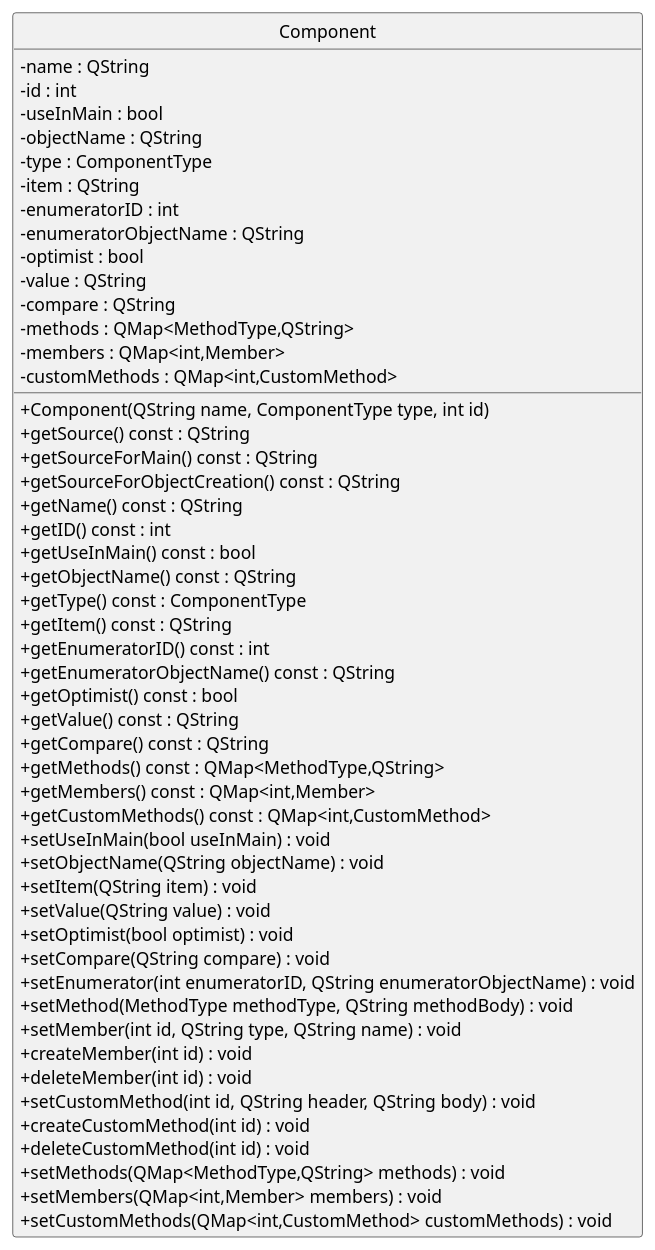
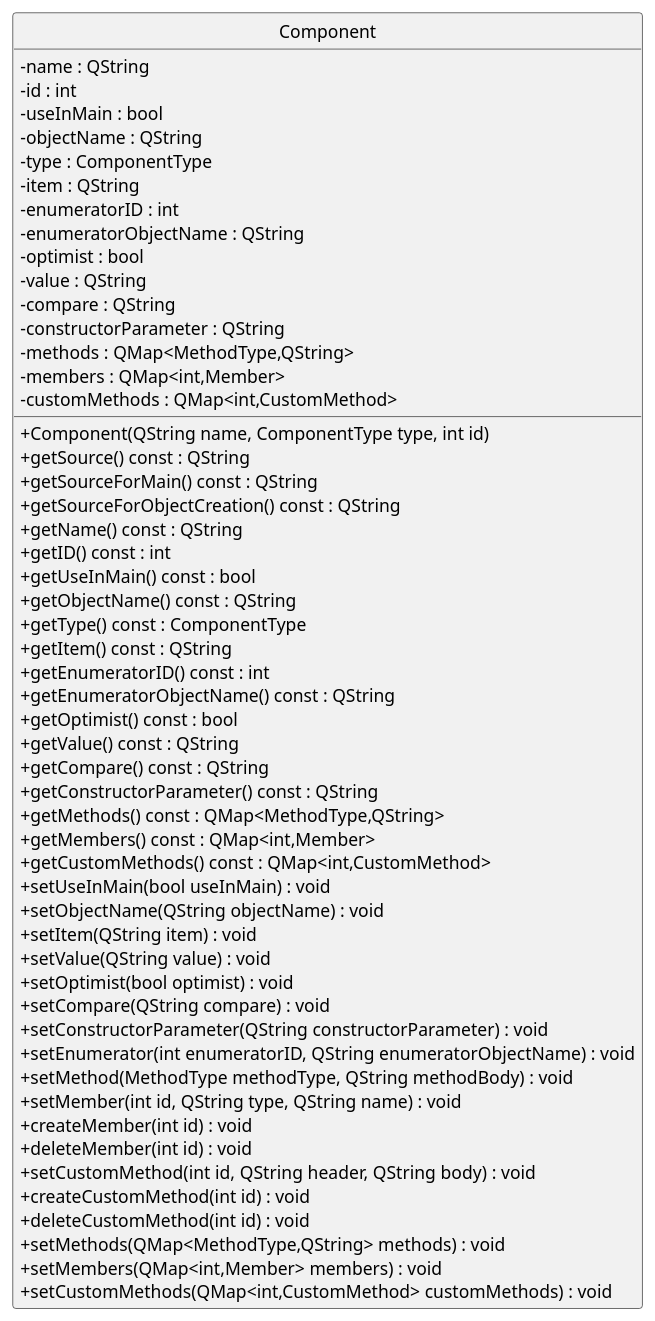
Before and after one commit to pecku/szakdoga: the sixth of 9 diagrams in docs/model.puml, drawn with PlantUML. The commit also changed 2 other files, not shown here.

```diff
--- a/docs/model.puml
+++ b/docs/model.puml
@@ -170,62 +170,65 @@
 @startuml Component
 
 skinparam Monochrome true
 skinparam ClassAttributeIconSize 0
 hide circle
 hide enum methods
 
 class Component
 {
     - name : QString
     - id : int
     - useInMain : bool
     - objectName : QString
     - type : ComponentType
     - item : QString
     - enumeratorID : int
     - enumeratorObjectName : QString
     - optimist : bool
     - value : QString
     - compare : QString
+    - constructorParameter : QString
     - methods : QMap<MethodType,QString>
     - members : QMap<int,Member>
     - customMethods : QMap<int,CustomMethod>
 
     + Component(QString name, ComponentType type, int id)
     + getSource() const : QString
     + getSourceForMain() const : QString
     + getSourceForObjectCreation() const : QString
     + getName() const : QString
     + getID() const : int
     + getUseInMain() const : bool
     + getObjectName() const : QString
     + getType() const : ComponentType
     + getItem() const : QString
     + getEnumeratorID() const : int
     + getEnumeratorObjectName() const : QString
     + getOptimist() const : bool
     + getValue() const : QString
     + getCompare() const : QString
+    + getConstructorParameter() const : QString
     + getMethods() const : QMap<MethodType,QString>
     + getMembers() const : QMap<int,Member>
     + getCustomMethods() const : QMap<int,CustomMethod>
     + setUseInMain(bool useInMain) : void
     + setObjectName(QString objectName) : void
     + setItem(QString item) : void
     + setValue(QString value) : void
     + setOptimist(bool optimist) : void
     + setCompare(QString compare) : void
+    + setConstructorParameter(QString constructorParameter) : void
     + setEnumerator(int enumeratorID, QString enumeratorObjectName) : void
     + setMethod(MethodType methodType, QString methodBody) : void
     + setMember(int id, QString type, QString name) : void
     + createMember(int id) : void
     + deleteMember(int id) : void
     + setCustomMethod(int id, QString header, QString body) : void
     + createCustomMethod(int id) : void
     + deleteCustomMethod(int id) : void
     + setMethods(QMap<MethodType,QString> methods) : void
     + setMembers(QMap<int,Member> members) : void
     + setCustomMethods(QMap<int,CustomMethod> customMethods) : void
 }
 
 @enduml
```
